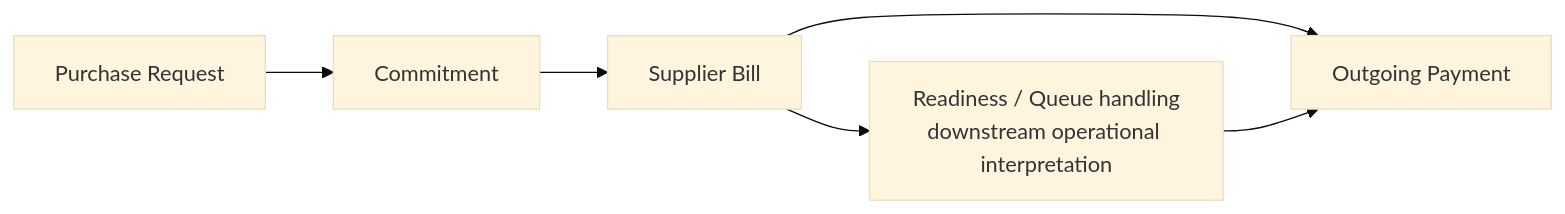
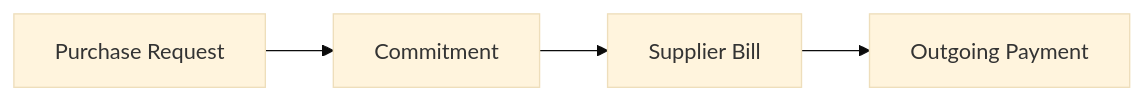
One commit to Leia-Enterprise-Solutions/Leia-Finance changed the second of 3 diagrams in docs/00A - Finance Domain Model & System Alignment v1.md. Above: the diagram before and after it, drawn with Mermaid (base theme). The commit also changed other lines of this file and 15 other files, not shown here.

````diff
--- a/docs/00A - Finance Domain Model & System Alignment v1.md
+++ b/docs/00A - Finance Domain Model & System Alignment v1.md
@@ -68,12 +137,9 @@
 ```mermaid
 flowchart LR
     PR[Purchase Request]
     CM[Commitment]
     SB[Supplier Bill]
     OP[Outgoing Payment]
-    RH[Readiness / Queue handling<br/>downstream operational interpretation]
 
     PR --> CM --> SB --> OP
-    SB --> RH
-    RH --> OP
 ```
````
